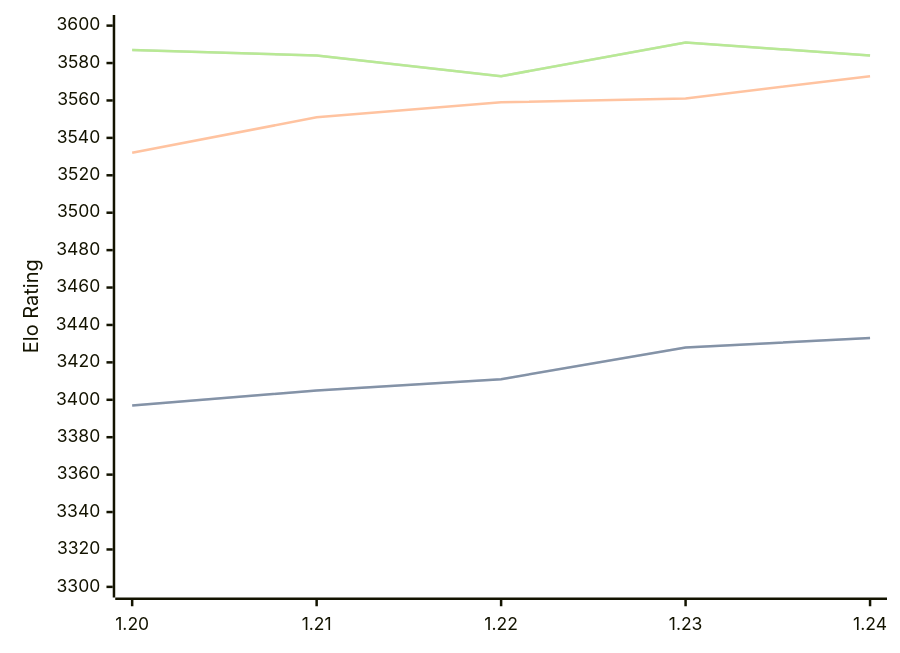
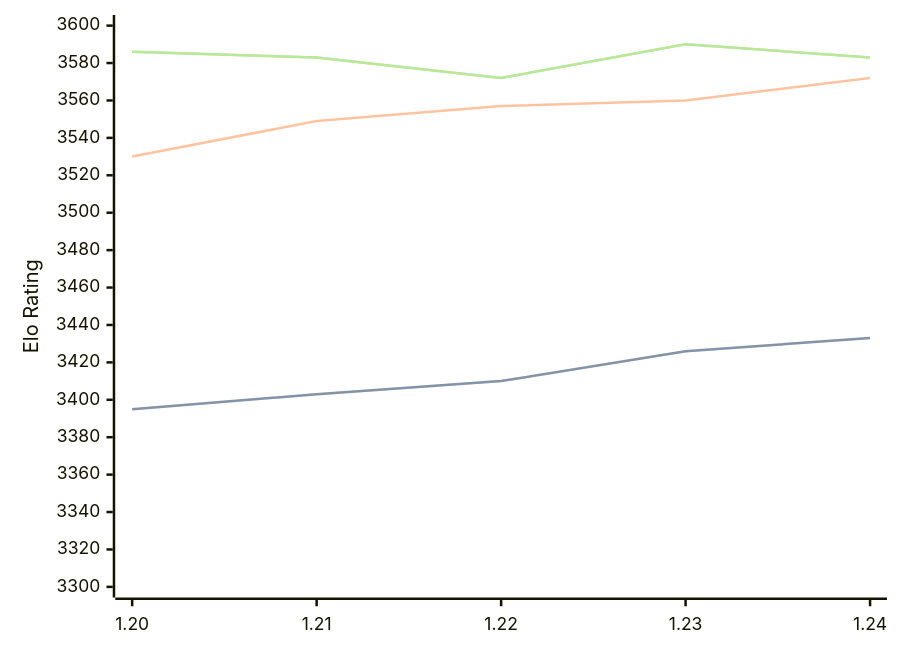
Before and after one commit to computer-chess-index/cci: the diagram in engines/Caissa.md, drawn with Mermaid. The commit also changed other lines of this file, not shown here.

Commit message:
Update CCI Ratings (ELO VLTC) - 2026-03-08

````diff
--- a/engines/Caissa.md
+++ b/engines/Caissa.md
@@ -62,11 +62,11 @@
 ```mermaid
 %%{init: {"theme":"base","themeVariables":{"seriesColors:['#a3a3a3','#222221','#faa371']}}}%%
 xychart-beta
   x-axis ["1.20", "1.21", "1.22", "1.23", "1.24"]
   y-axis "Elo Rating" 3300 --> 3600
-  line "STC (8.0+0.08s)" [3397, 3405, 3411, 3428, 3433]
-  line "STC (8.0+0.08s)" [3397, 3405, 3411, 3428, 3433]
-  line "LTC (60.0+0.60s)" [3532, 3551, 3559, 3561, 3573]
-  line "VLTC (2m24s+1.12s)" [3587, 3584, 3573, 3591, 3584]
-  line "VLTC (2m24s+1.12s)" [3587, 3584, 3573, 3591, 3584]
+  line "STC (8.0+0.08s)" [3395, 3403, 3410, 3426, 3433]
+  line "STC (8.0+0.08s)" [3395, 3403, 3410, 3426, 3433]
+  line "LTC (60.0+0.60s)" [3530, 3549, 3557, 3560, 3572]
+  line "VLTC (2m24s+1.12s)" [3586, 3583, 3572, 3590, 3583]
+  line "VLTC (2m24s+1.12s)" [3586, 3583, 3572, 3590, 3583]
 ```
````
